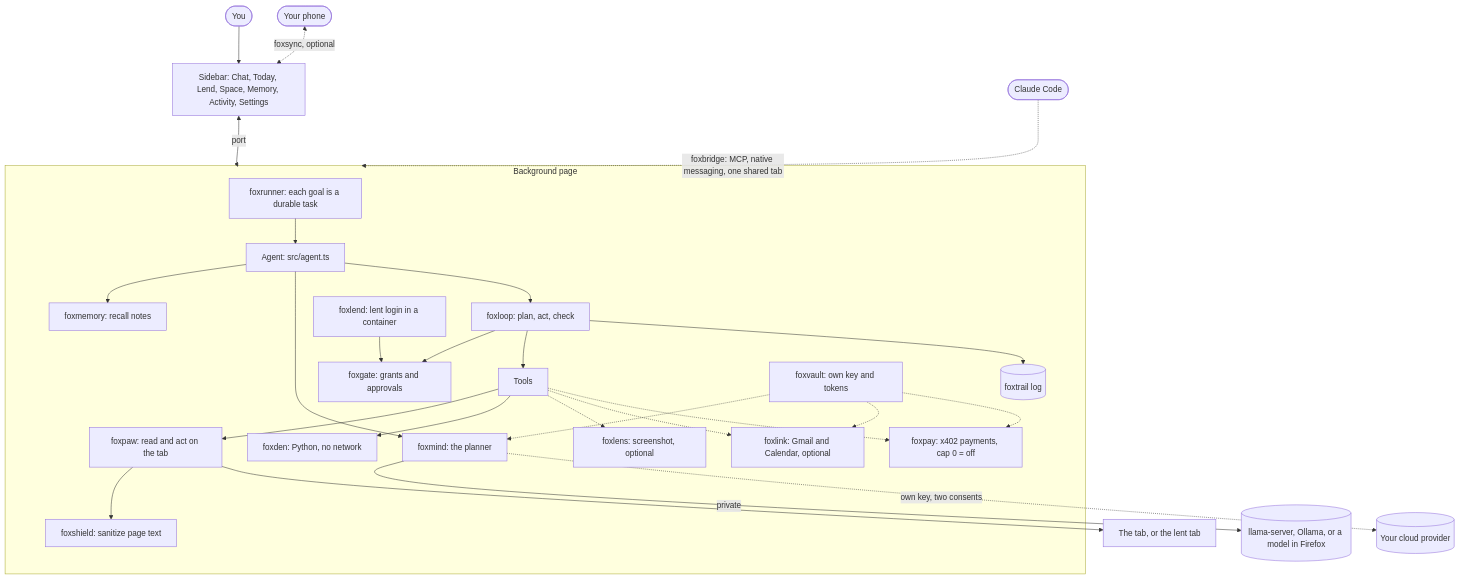
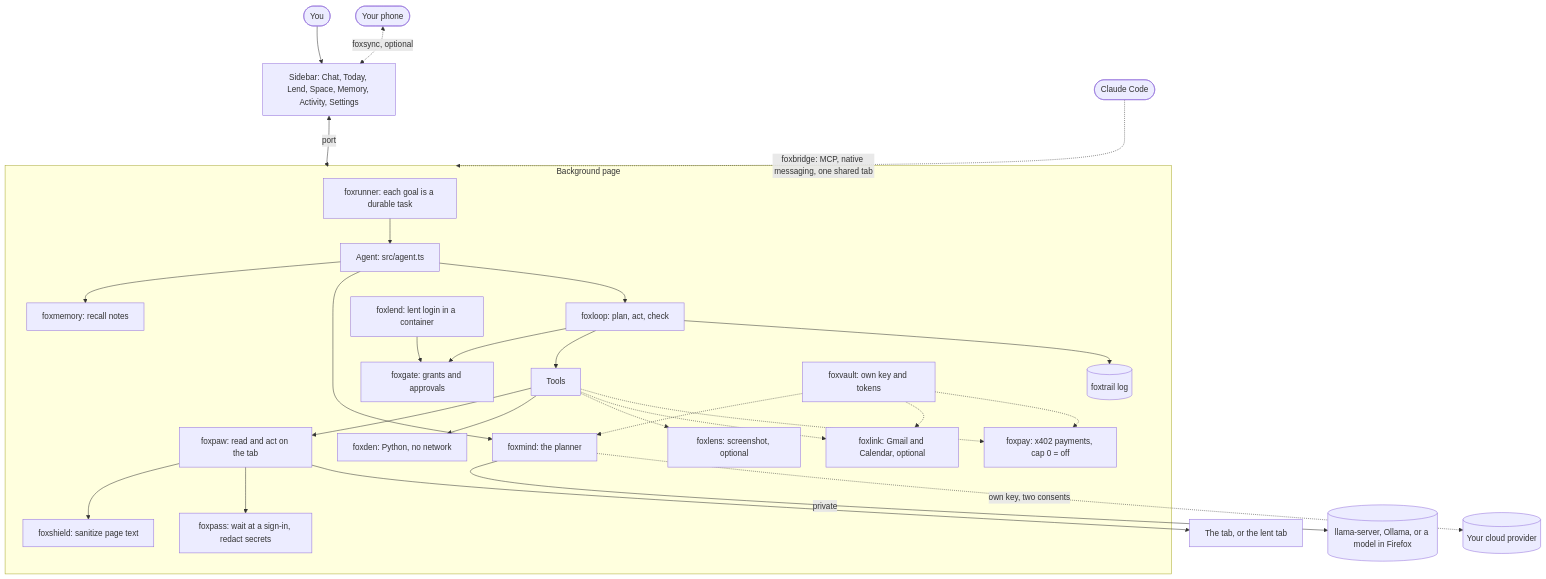
One commit to pooriaarab/foxmate changed the first of 3 diagrams in README.md. Above: the diagram before and after it, drawn with Mermaid. The commit also changed other lines of this file and 17 other files, not shown here.

Commit message:
[FMT-84] Hand sign-in walls to the user with foxpass (#85)

````diff
--- a/README.md
+++ b/README.md
@@ -81,29 +82,30 @@
 ```mermaid
 flowchart TB
   user([You]) --> sidebar[Sidebar: Chat, Today, Lend, Space, Memory, Activity, Settings]
   sidebar <-->|port| bg[Background page]
   phone([Your phone]) <-.->|foxsync, optional| sidebar
   claude([Claude Code]) -.->|foxbridge: MCP, native messaging, one shared tab| bg
   subgraph bg[Background page]
     runner[foxrunner: each goal is a durable task] --> agent[Agent: src/agent.ts]
     agent --> recall[foxmemory: recall notes]
     agent --> brain[foxmind: the planner]
     agent --> loop[foxloop: plan, act, check]
     loop --> gate[foxgate: grants and approvals]
     loop --> tools[Tools]
     loop --> trail[(foxtrail log)]
     tools --> paw[foxpaw: read and act on the tab]
     paw --> shield[foxshield: sanitize page text]
+    paw --> pass[foxpass: wait at a sign-in, redact secrets]
     tools --> den[foxden: Python, no network]
     tools -.-> lens[foxlens: screenshot, optional]
     tools -.-> link[foxlink: Gmail and Calendar, optional]
     tools -.-> pay[foxpay: x402 payments, cap 0 = off]
     lend[foxlend: lent login in a container] --> gate
     vault[foxvault: own key and tokens] -.-> brain
     vault -.-> link
     vault -.-> pay
   end
   brain -->|private| local[(llama-server, Ollama, or a model in Firefox)]
   brain -.->|own key, two consents| cloud[(Your cloud provider)]
   paw --> tab[The tab, or the lent tab]
 ```
````
